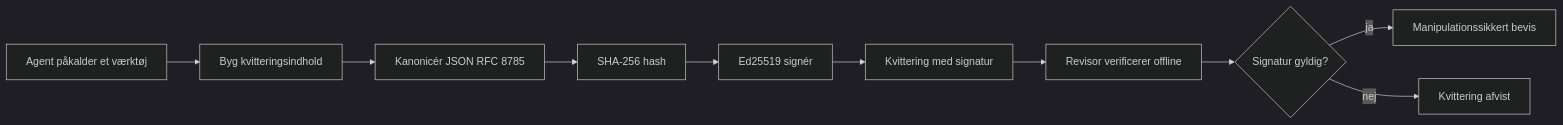
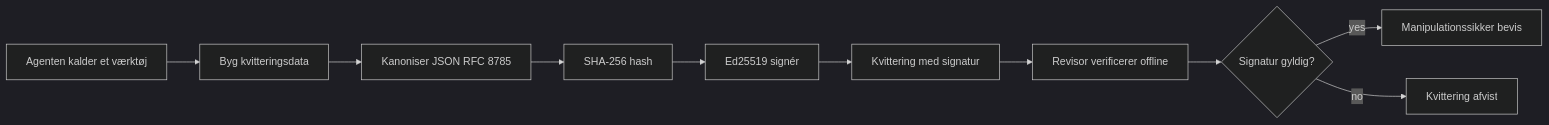
The first of 2 diagrams in mirrors/repos/microsoft@ai-agents-for-beginners/translations/da/18-securing-ai-agents/README.md (gabrielmoreira/agent-skills-mirror), drawn with Mermaid (dark theme) before and after one commit. The commit also changed other lines of this file and 8886 other files, not shown here.

````diff
--- a/mirrors/repos/microsoft@ai-agents-for-beginners/translations/da/18-securing-ai-agents/README.md
+++ b/mirrors/repos/microsoft@ai-agents-for-beginners/translations/da/18-securing-ai-agents/README.md
@@ -51,12 +51,12 @@
 ```mermaid
 flowchart LR
-    A[Agent påkalder et værktøj] --> B[Byg kvitteringsindhold]
-    B --> C[Kanonicér JSON RFC 8785]
+    A[Agenten kalder et værktøj] --> B[Byg kvitteringsdata]
+    B --> C[Kanoniser JSON RFC 8785]
     C --> D[SHA-256 hash]
     D --> E[Ed25519 signér]
     E --> F[Kvittering med signatur]
     F --> G[Revisor verificerer offline]
     G --> H{Signatur gyldig?}
-    H -- ja --> I[Manipulationssikkert bevis]
-    H -- nej --> J[Kvittering afvist]
+    H -- yes --> I[Manipulationssikker bevis]
+    H -- no --> J[Kvittering afvist]
 ```
````
